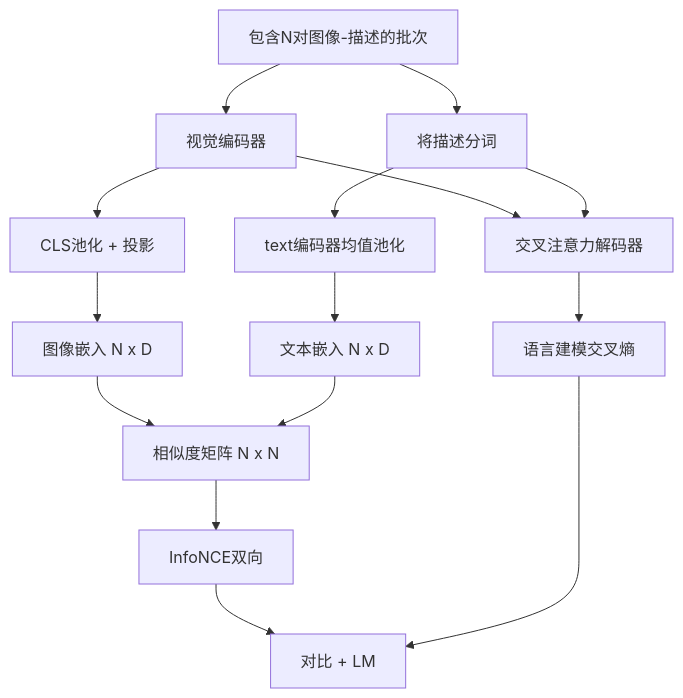
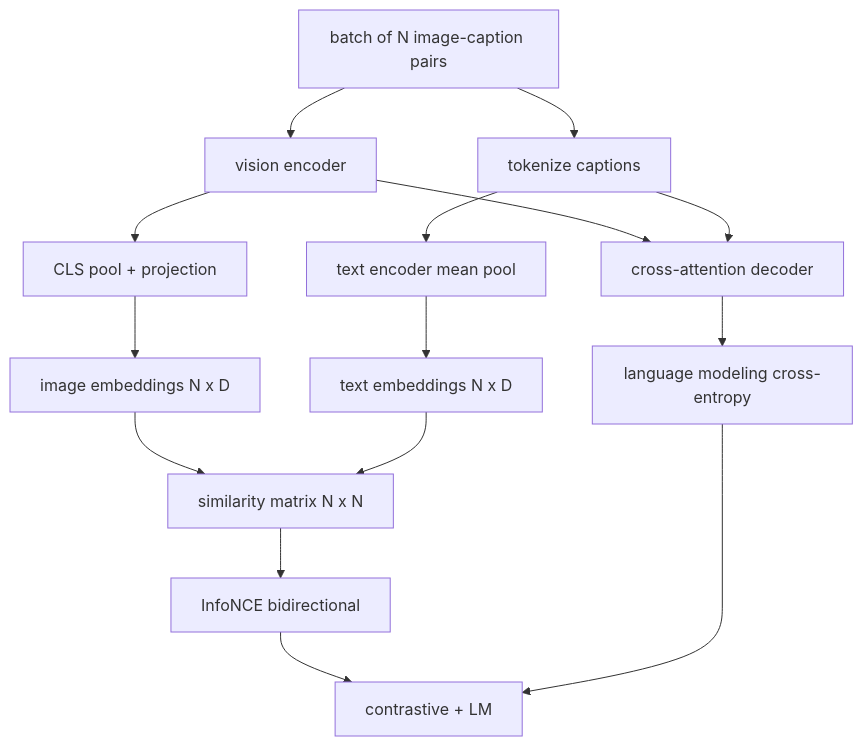
Before and after one commit to xiaojiaenen/ai-engineering-from-scratch-zh: the diagram in i18n/zh/phases/19-capstone-projects/62-vision-language-pretraining/docs/zh.md, drawn with Mermaid. The commit also changed other lines of this file and 85 other files, not shown here.

````diff
--- a/i18n/zh/phases/19-capstone-projects/62-vision-language-pretraining/docs/zh.md
+++ b/i18n/zh/phases/19-capstone-projects/62-vision-language-pretraining/docs/zh.md
@@ -25,17 +25,17 @@
 ```mermaid
 flowchart TB
-  Batch[包含N对图像-描述的批次] --> Enc[视觉编码器]
-  Batch --> Tok[将描述分词]
-  Enc --> Pool[CLS池化 + 投影]
-  Tok --> TxtEnc[text编码器均值池化]
-  Pool --> ImgEmb[图像嵌入 N x D]
-  TxtEnc --> TxtEmb[文本嵌入 N x D]
-  ImgEmb --> Sim[相似度矩阵 N x N]
+  Batch[batch of N image-caption pairs] --> Enc[vision encoder]
+  Batch --> Tok[tokenize captions]
+  Enc --> Pool[CLS pool + projection]
+  Tok --> TxtEnc[text encoder mean pool]
+  Pool --> ImgEmb[image embeddings N x D]
+  TxtEnc --> TxtEmb[text embeddings N x D]
+  ImgEmb --> Sim[similarity matrix N x N]
   TxtEmb --> Sim
-  Sim --> CL[InfoNCE双向]
-  Enc --> Dec[交叉注意力解码器]
+  Sim --> CL[InfoNCE bidirectional]
+  Enc --> Dec[cross-attention decoder]
   Tok --> Dec
-  Dec --> LM[语言建模交叉熵]
-  CL --> Total[对比 + LM]
+  Dec --> LM[language modeling cross-entropy]
+  CL --> Total[contrastive + LM]
   LM --> Total
 ```
````
